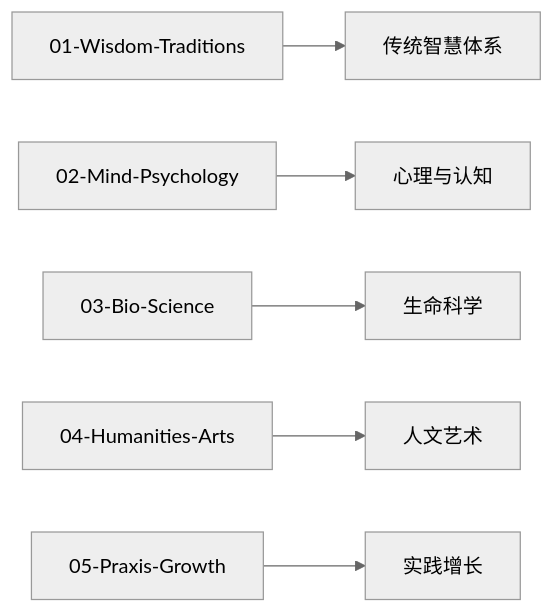
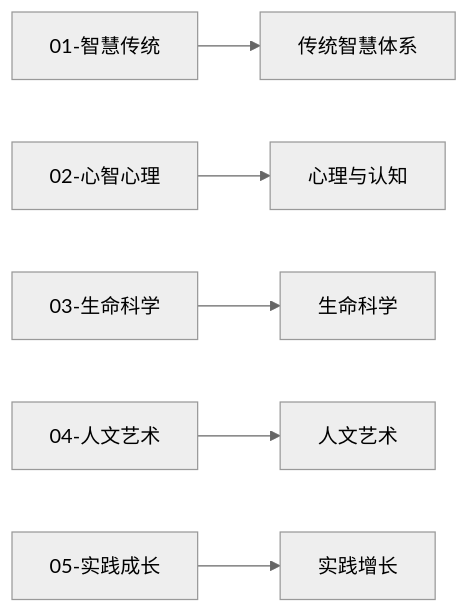
One commit to peace-lab-global/peace-lab-database changed the diagram in _meta/docs/TAXONOMY.md. Above: the diagram before and after it, drawn with Mermaid (neutral theme). The commit also changed other lines of this file and 8377 other files, not shown here.

````diff
--- a/_meta/docs/TAXONOMY.md
+++ b/_meta/docs/TAXONOMY.md
@@ -37,8 +37,8 @@
 ```mermaid
 graph LR
-    A["01-Wisdom-Traditions"] --> A1["传统智慧体系"]
-    B["02-Mind-Psychology"] --> B1["心理与认知"]
-    C["03-Bio-Science"] --> C1["生命科学"]
-    D["04-Humanities-Arts"] --> D1["人文艺术"]
-    E["05-Praxis-Growth"] --> E1["实践增长"]
+    A["01-智慧传统"] --> A1["传统智慧体系"]
+    B["02-心智心理"] --> B1["心理与认知"]
+    C["03-生命科学"] --> C1["生命科学"]
+    D["04-人文艺术"] --> D1["人文艺术"]
+    E["05-实践成长"] --> E1["实践增长"]
 ```
````
